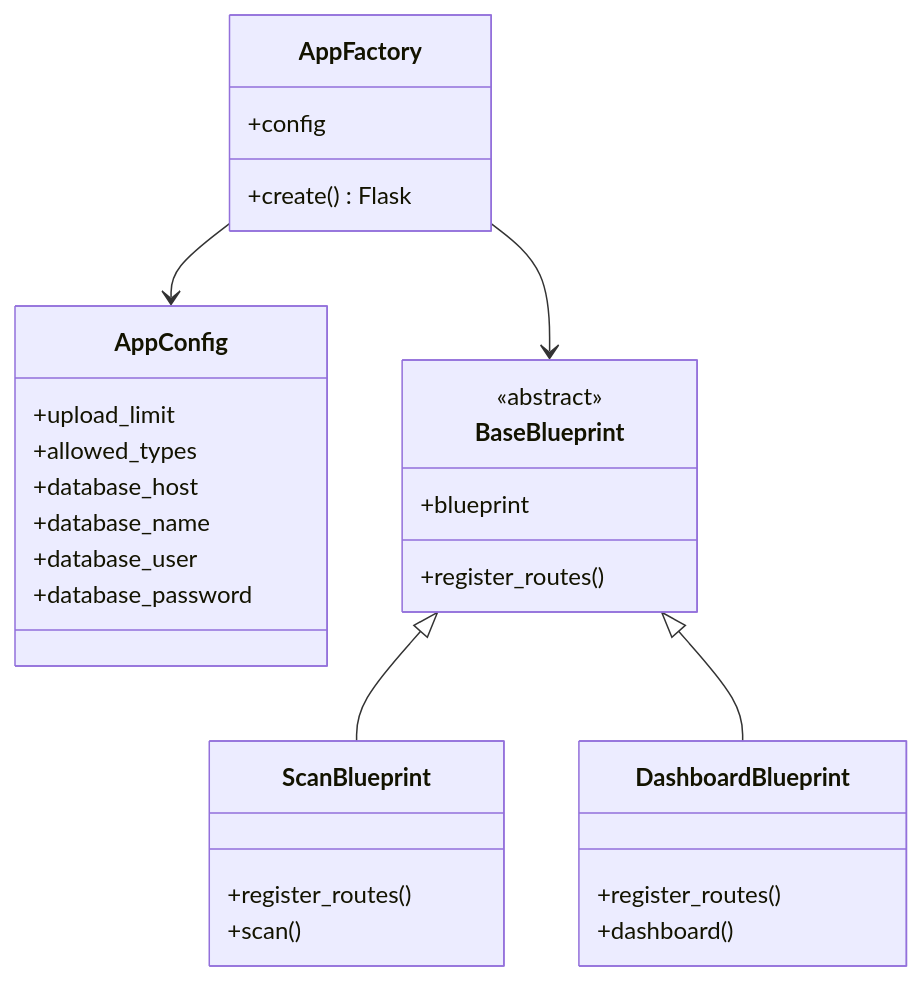
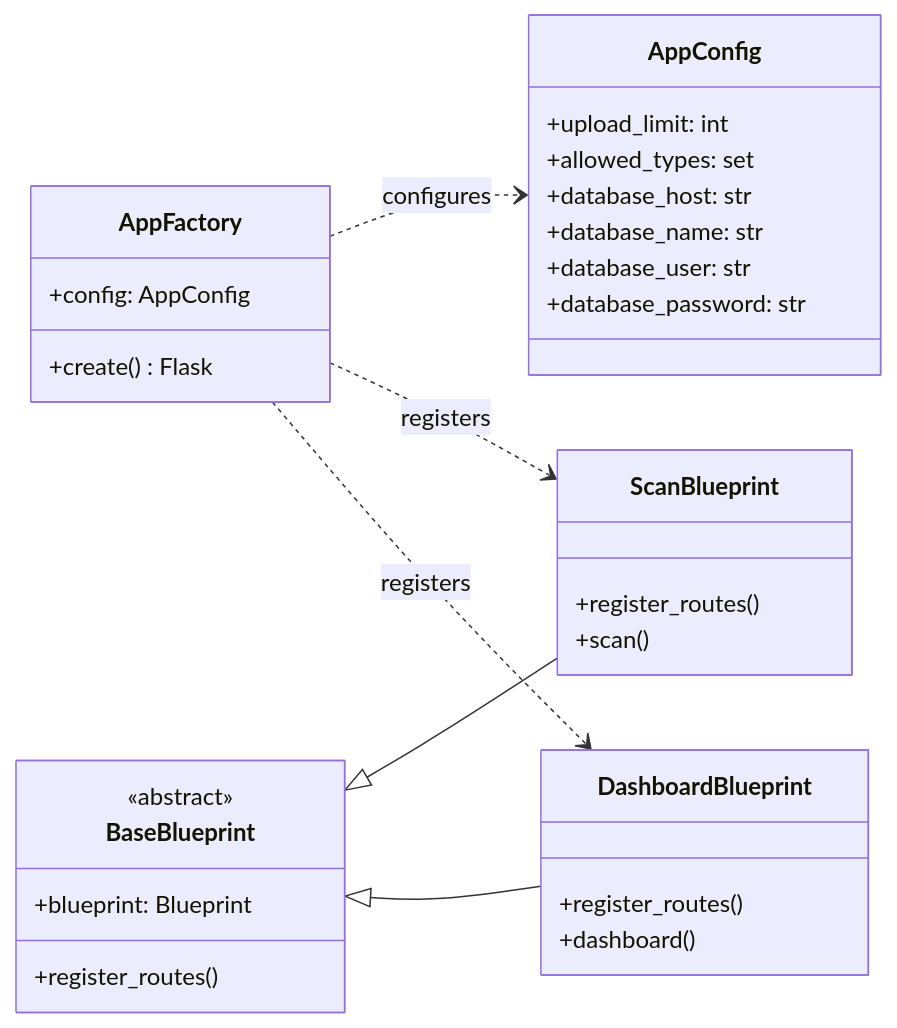
The second of 2 diagrams in README.md (Timmyy3000/waste-sorting-assistant), drawn with Mermaid before and after one commit. The commit also changed other lines of this file, not shown here.

Commit message:
docs: clarify web class diagram and dependencies

````diff
--- a/README.md
+++ b/README.md
@@ -64,32 +66,34 @@
 ```mermaid
 classDiagram
+    direction LR
     class AppConfig {
-        +upload_limit
-        +allowed_types
-        +database_host
-        +database_name
-        +database_user
-        +database_password
+        +upload_limit: int
+        +allowed_types: set
+        +database_host: str
+        +database_name: str
+        +database_user: str
+        +database_password: str
     }
     class AppFactory {
-        +config
+        +config: AppConfig
         +create() Flask
     }
     class BaseBlueprint {
         <<abstract>>
-        +blueprint
+        +blueprint: Blueprint
         +register_routes()
     }
     class ScanBlueprint {
         +register_routes()
         +scan()
     }
     class DashboardBlueprint {
         +register_routes()
         +dashboard()
     }
     BaseBlueprint <|-- ScanBlueprint
     BaseBlueprint <|-- DashboardBlueprint
-    AppFactory --> AppConfig
-    AppFactory --> BaseBlueprint
+    AppFactory ..> AppConfig : configures
+    AppFactory ..> ScanBlueprint : registers
+    AppFactory ..> DashboardBlueprint : registers
 ```
````
